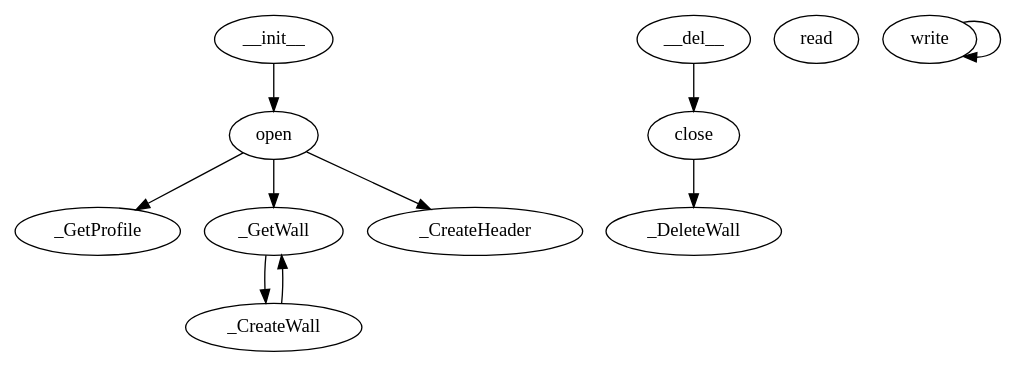
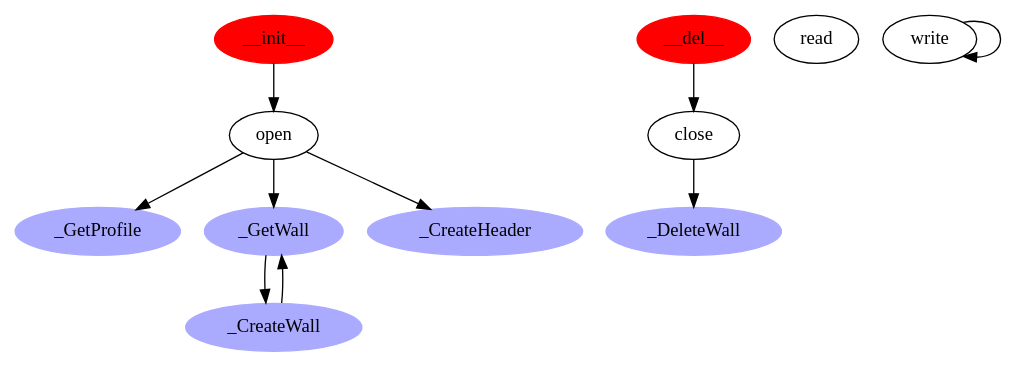
The diagram in graph_facecat.dot (tboz203/facecat), drawn with Graphviz before and after one commit. The commit also changed 5 other files, not shown here.

```diff
--- a/graph_facecat.dot
+++ b/graph_facecat.dot
@@ -1,21 +1,21 @@
 digraph facecat {
-    _GetProfile;
-    _CreateWall;
-    _DeleteWall;
-    _GetWall;
-    _CreateHeader;
-    __init__;
-    __del__;
+    _GetProfile [style=filled,color="#AAAAFF"];
+    _CreateWall [style=filled,color="#AAAAFF"];
+    _DeleteWall [style=filled,color="#AAAAFF"];
+    _GetWall [style=filled,color="#AAAAFF"];
+    _CreateHeader [style=filled,color="#AAAAFF"];
+    __init__ [style=filled,color=red];
+    __del__ [style=filled,color=red];
     open;
     close;
     read;
     write;
 
     _CreateWall -> _GetWall;
     _GetWall -> _CreateWall;
     __init__ -> open;
     __del__ -> close;
     open -> {_CreateHeader; _GetProfile; _GetWall};
     close -> _DeleteWall;
     write -> write;
 }
```
